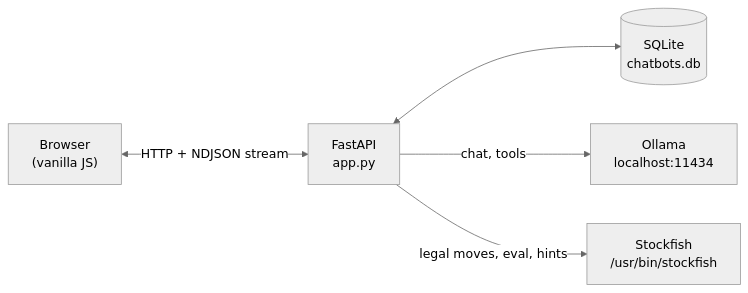
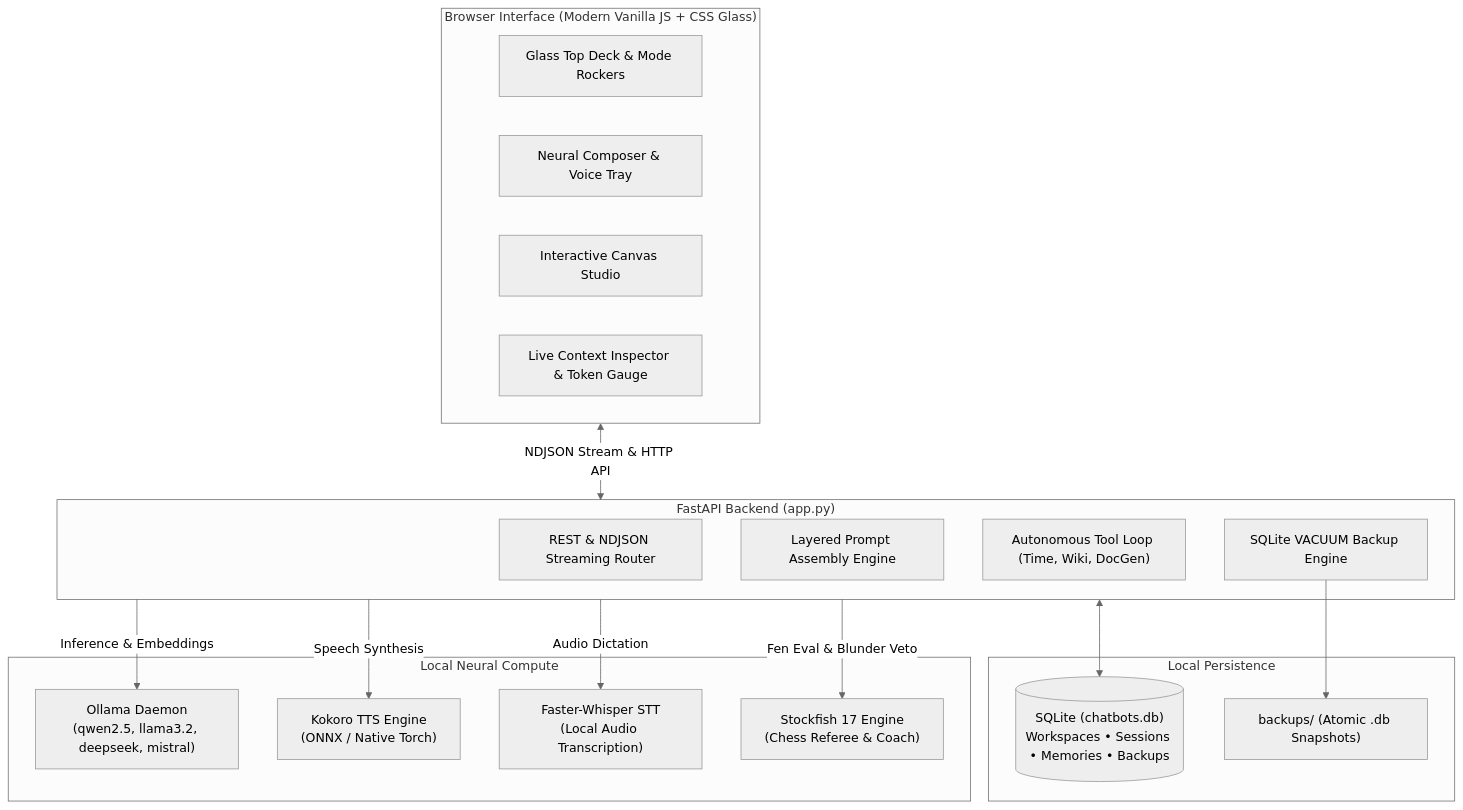
The first of 2 diagrams in README.md (Sumeet-basfore/Lamplight), drawn with Mermaid (neutral theme) before and after one commit. The commit also changed other lines of this file and 7 other files, not shown here.

First line of the commit message:
feat: implement Project Workspaces, Context Inspector, Memory Center, and Backups

````diff
--- a/README.md
+++ b/README.md
@@ -19,13 +76,36 @@
 ```mermaid
-flowchart LR
-    Browser["Browser\n(vanilla JS)"]
-    API["FastAPI\napp.py"]
-    DB[("SQLite\nchatbots.db")]
-    Ollama["Ollama\nlocalhost:11434"]
-    SF["Stockfish\n/usr/bin/stockfish"]
+flowchart TD
+    subgraph Client["Browser Interface (Modern Vanilla JS + CSS Glass)"]
+        UI["Glass Top Deck & Mode Rockers"]
+        Composer["Neural Composer & Voice Tray"]
+        Canvas["Interactive Canvas Studio"]
+        ContextView["Live Context Inspector & Token Gauge"]
+    end
 
-    Browser <-->|HTTP + NDJSON stream| API
-    API <--> DB
-    API -->|chat, tools| Ollama
-    API -->|legal moves, eval, hints| SF
+    subgraph Server["FastAPI Backend (app.py)"]
+        API["REST & NDJSON Streaming Router"]
+        LayerEngine["Layered Prompt Assembly Engine"]
+        ToolRunner["Autonomous Tool Loop (Time, Wiki, DocGen)"]
+        BackupEngine["SQLite VACUUM Backup Engine"]
+    end
+
+    subgraph Storage["Local Persistence"]
+        DB[("SQLite (chatbots.db)\nWorkspaces • Sessions • Memories • Backups")]
+        Snapshots["backups/ (Atomic .db Snapshots)"]
+    end
+
+    subgraph Hardware["Local Neural Compute"]
+        Ollama["Ollama Daemon\n(qwen2.5, llama3.2, deepseek, mistral)"]
+        Kokoro["Kokoro TTS Engine\n(ONNX / Native Torch)"]
+        Whisper["Faster-Whisper STT\n(Local Audio Transcription)"]
+        Stockfish["Stockfish 17 Engine\n(Chess Referee & Coach)"]
+    end
+
+    Client <-->|NDJSON Stream & HTTP API| Server
+    Server <--> DB
+    BackupEngine --> Snapshots
+    Server -->|Inference & Embeddings| Ollama
+    Server -->|Speech Synthesis| Kokoro
+    Server -->|Audio Dictation| Whisper
+    Server -->|Fen Eval & Blunder Veto| Stockfish
 ```
````
